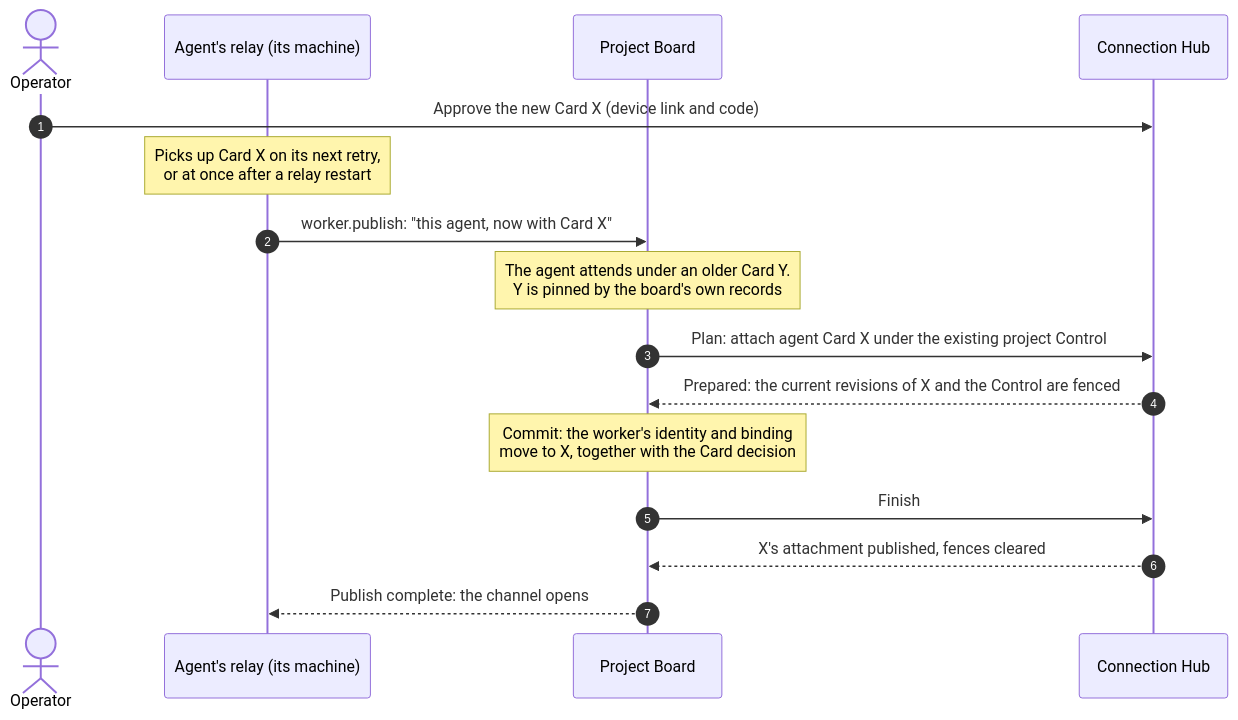
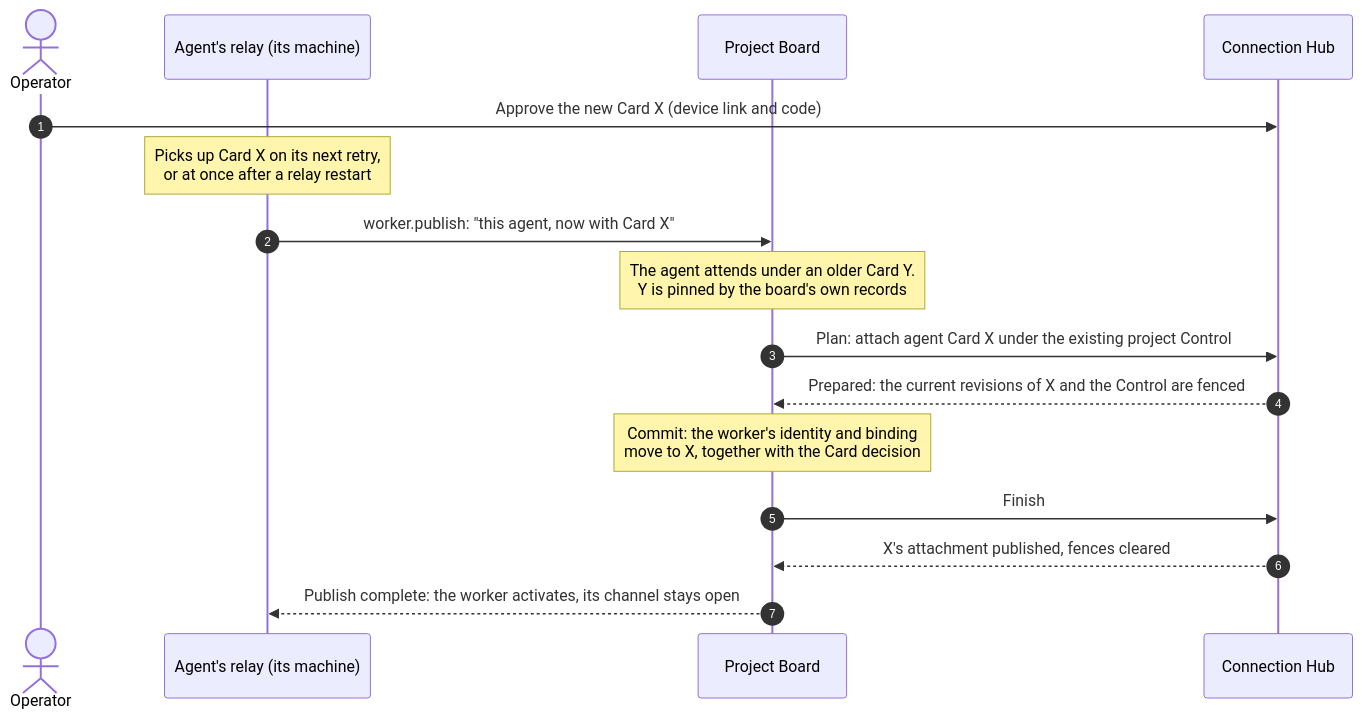
Before and after one commit to elenaviter/app-ecosystem: the diagram in products/project-board/docs/cards.md, drawn with Mermaid. The commit also changed other lines of this file, not shown here.

First line of the commit message:
Board docs: the fix keeps the channel active; name AE #936 for pb status

````diff
--- a/products/project-board/docs/cards.md
+++ b/products/project-board/docs/cards.md
@@ -139,19 +139,19 @@
 ```mermaid
 sequenceDiagram
     autonumber
     actor Operator
     participant Relay as Agent's relay (its machine)
     participant Board as Project Board
     participant Hub as Connection Hub
 
     Operator->>Hub: Approve the new Card X (device link and code)
     Note over Relay: Picks up Card X on its next retry,<br/>or at once after a relay restart
     Relay->>Board: worker.publish: "this agent, now with Card X"
     Note over Board: The agent attends under an older Card Y.<br/>Y is pinned by the board's own records
     Board->>Hub: Plan: attach agent Card X under the existing project Control
     Hub-->>Board: Prepared: the current revisions of X and the Control are fenced
     Note over Board: Commit: the worker's identity and binding<br/>move to X, together with the Card decision
     Board->>Hub: Finish
     Hub-->>Board: X's attachment published, fences cleared
-    Board-->>Relay: Publish complete: the channel opens
+    Board-->>Relay: Publish complete: the worker activates, its channel stays open
 ```
````
